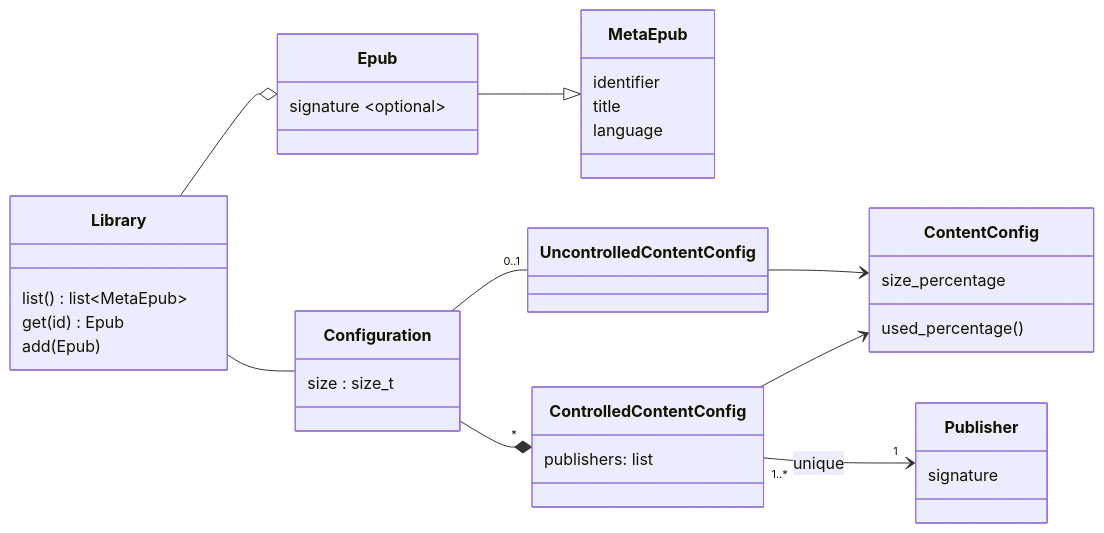
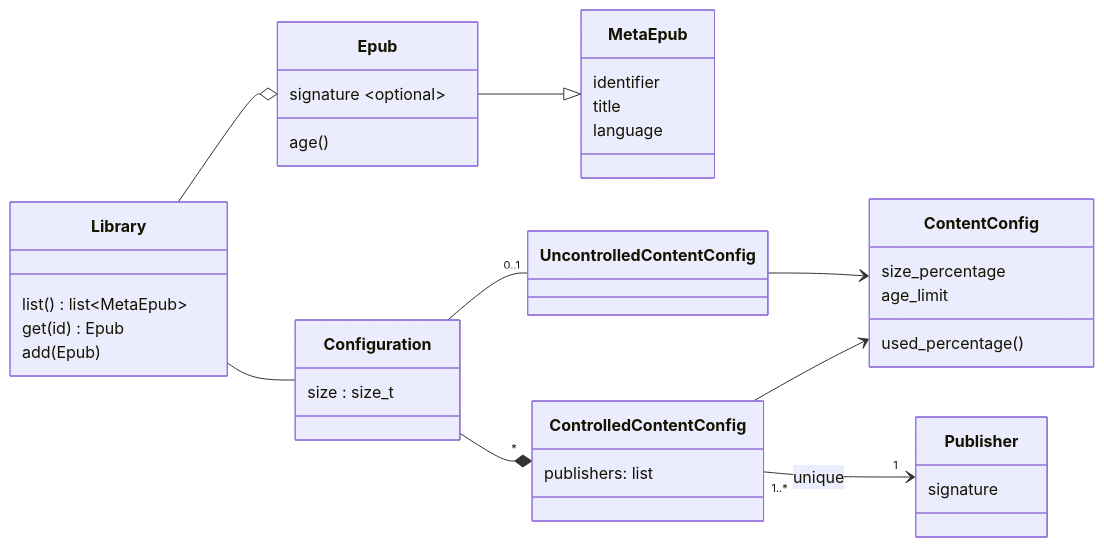
One commit to redengin/sneakernet changed the diagram in docs/library.md. Above: the diagram before and after it, drawn with Mermaid. The commit also changed other lines of this file, not shown here.

````diff
--- a/docs/library.md
+++ b/docs/library.md
@@ -11,39 +11,41 @@
 ```mermaid
 classDiagram
     direction LR
     class Library {
         list() list~MetaEpub~
         get(id) Epub
         add(Epub)
     }
     Library --o Epub
     class Epub {
         signature ~optional~
+        age()
     }
     Epub --|> MetaEpub
     class MetaEpub {
         identifier
         title
         language
     }
     Library -- Configuration
     class Configuration {
         size : size_t
     }
     Configuration -- "0..1" UncontrolledContentConfig
     UncontrolledContentConfig --> ContentConfig
     class ContentConfig {
         size_percentage
+        age_limit
         used_percentage()
     }
     Configuration --* "*" ControlledContentConfig
     ControlledContentConfig --> ContentConfig
     class ControlledContentConfig {
         publishers: list
     }
     ControlledContentConfig "1..*" --> "1" Publisher : unique
 
     class Publisher {
         signature
     }
 ```
````
